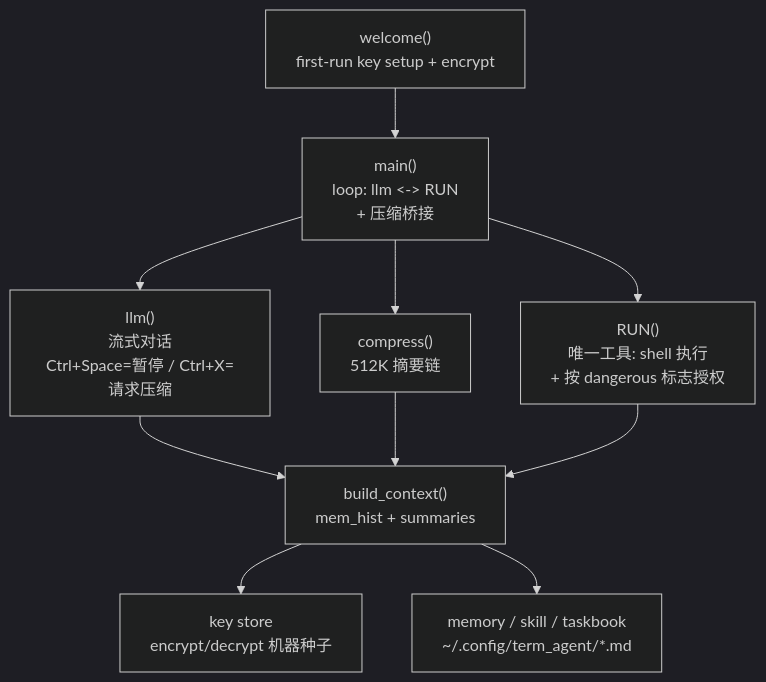
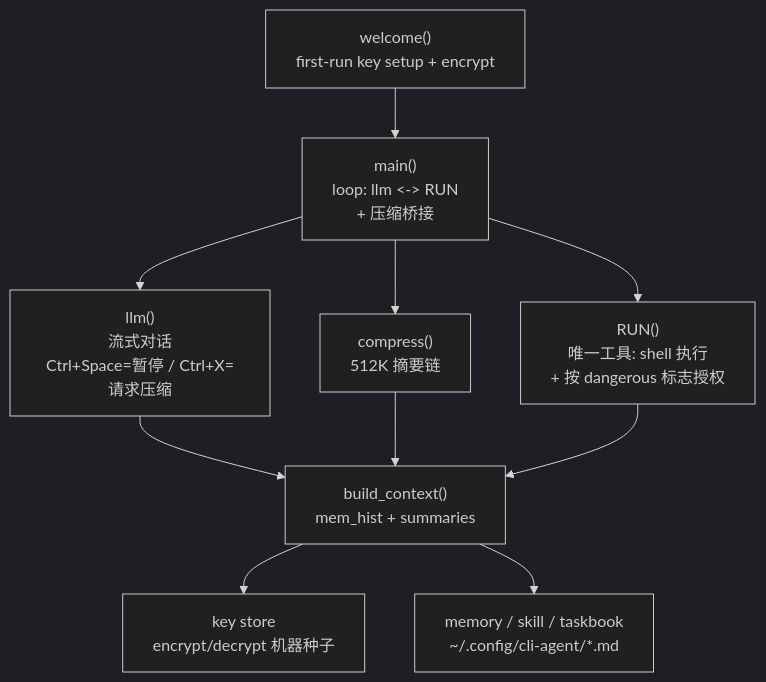
Before and after one commit to Xiyinnnnnn/Agent-in-Terminal: the first of 2 diagrams in README.md, drawn with Mermaid (dark theme). The commit also changed other lines of this file and 30 other files, not shown here.

First line of the commit message:
改名：Agent-in-Terminal → CLI-Agent++（仓库 cli-agent-plus-plus，路径 term_agent → cli-agent）

````diff
--- a/README.md
+++ b/README.md
@@ -38,12 +39,12 @@
 ```mermaid
 flowchart TD
     A["welcome()<br/>first-run key setup + encrypt"] --> B["main()<br/>loop: llm <-> RUN<br/>+ 压缩桥接"]
     B --> C["llm()<br/>流式对话<br/>Ctrl+Space=暂停 / Ctrl+X=请求压缩"]
     B --> D["compress()<br/>512K 摘要链"]
     B --> E["RUN()<br/>唯一工具: shell 执行<br/>+ 按 dangerous 标志授权"]
     C --> F["build_context()<br/>mem_hist + summaries"]
     D --> F
     E --> F
     F --> G["key store<br/>encrypt/decrypt 机器种子"]
-    F --> H["memory / skill / taskbook<br/>~/.config/term_agent/*.md"]
+    F --> H["memory / skill / taskbook<br/>~/.config/cli-agent/*.md"]
 ```
````
